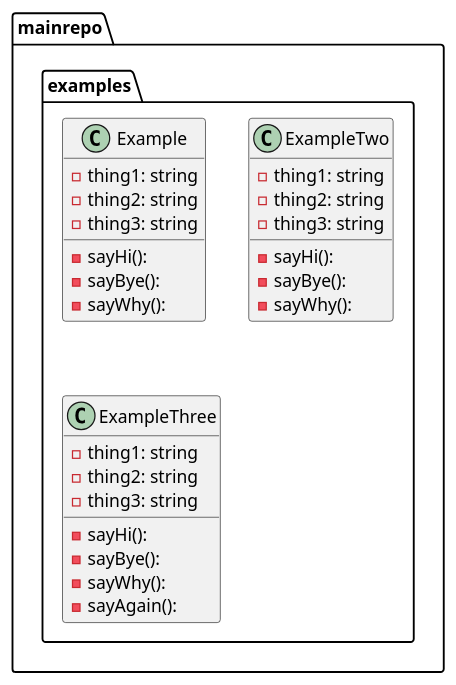
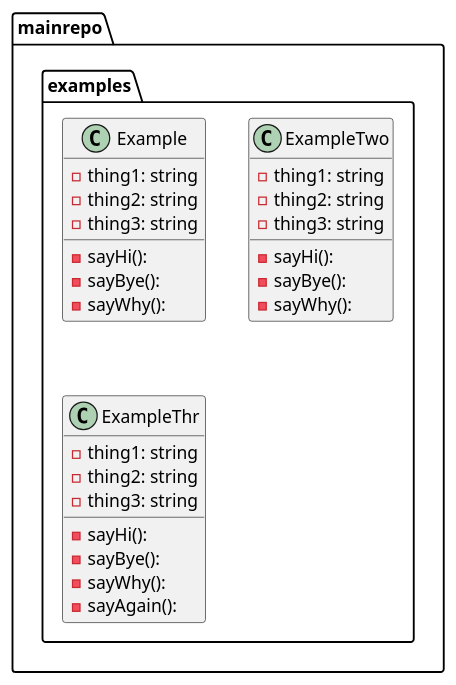
Before and after one commit to tbal999/pumlaction: the diagram in graph.puml, drawn with PlantUML.

Commit message:
generated puml file

```diff
--- a/graph.puml
+++ b/graph.puml
@@ -1,34 +1,34 @@
 @startuml
 package ...mainrepo.examples{
 class Example {
 -thing1: string
 -thing2: string
 -thing3: string
 -sayHi(): 
 -sayBye(): 
 -sayWhy(): 
 }
 }
 package ...mainrepo.examples{
 class ExampleTwo {
 -thing1: string
 -thing2: string
 -thing3: string
 -sayHi(): 
 -sayBye(): 
 -sayWhy(): 
 }
 }
 package ...mainrepo.examples{
-class ExampleThree {
+class ExampleThr {
 -thing1: string
 -thing2: string
 -thing3: string
 -sayHi(): 
 -sayBye(): 
 -sayWhy(): 
 -sayAgain(): 
 }
 }
 
 @enduml
```
